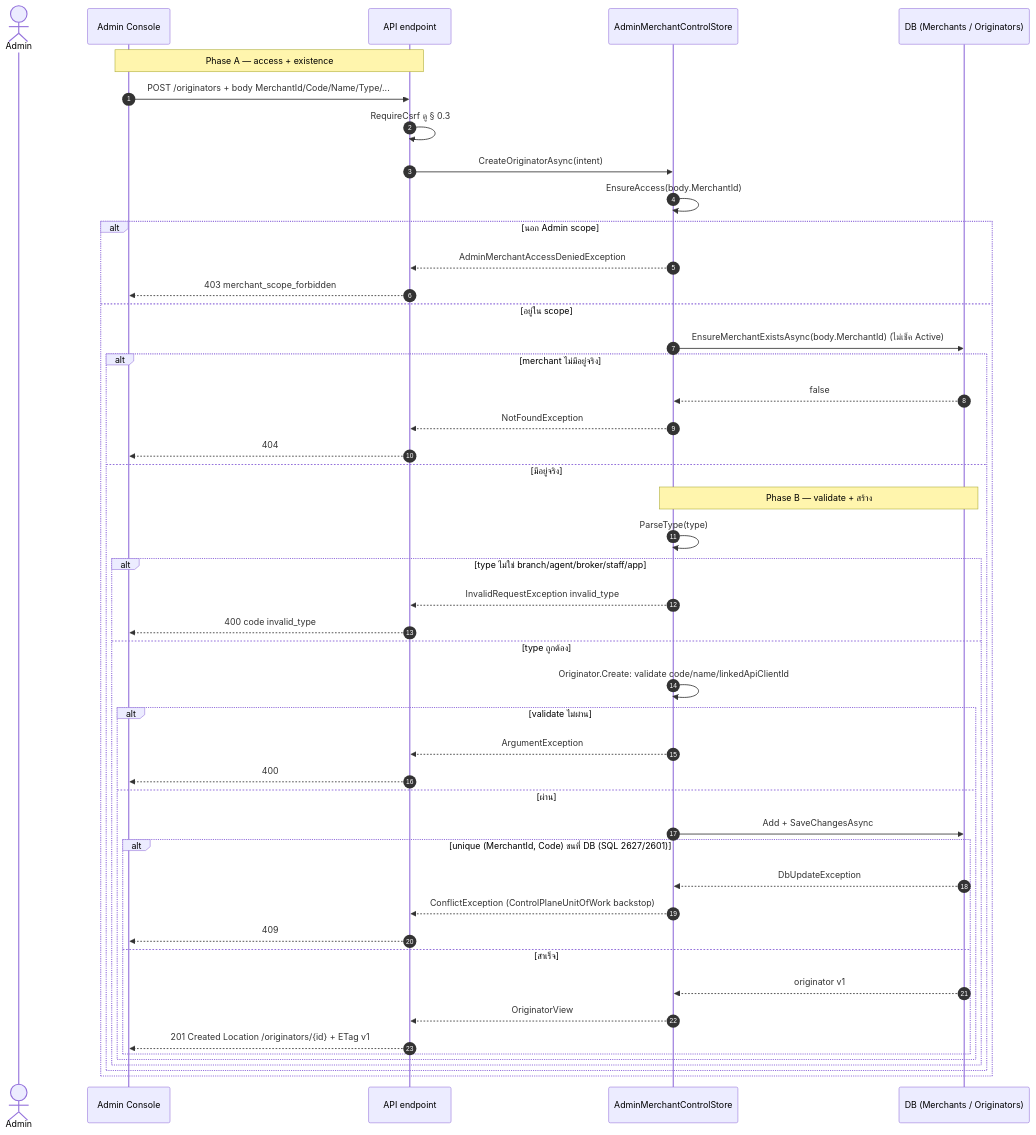
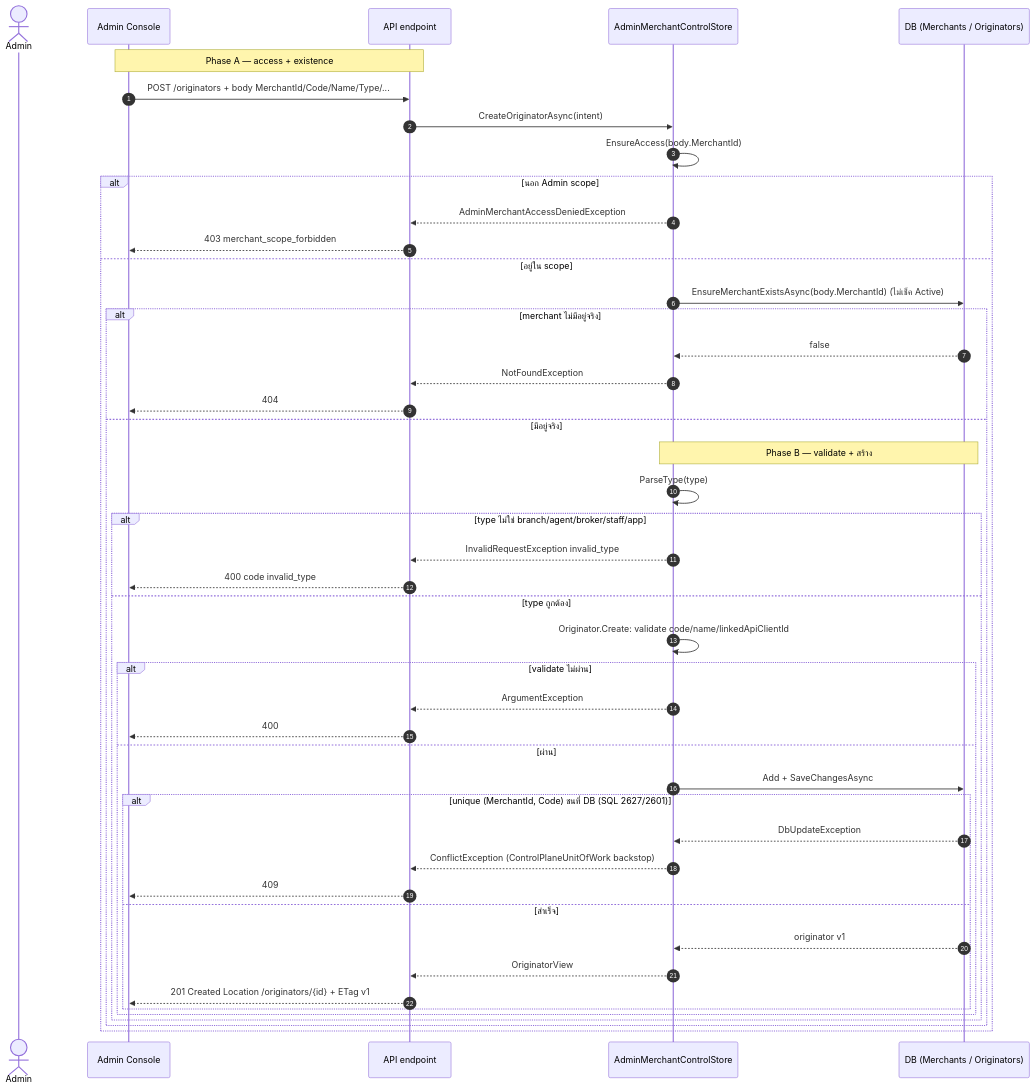
The eighth of 10 diagrams in outputs/diagrams/2026-09-14_api-endpoints_v1/10-admin-merchant-console-originators.sequences.md (metrodiesign/pol-core), drawn with Mermaid before and after one commit. The commit also changed 42 other files, not shown here.

First line of the commit message:
docs: align reference docs and the API diagram set with the Bearer-only admin plane

````diff
--- a/outputs/diagrams/2026-09-14_api-endpoints_v1/10-admin-merchant-console-originators.sequences.md
+++ b/outputs/diagrams/2026-09-14_api-endpoints_v1/10-admin-merchant-console-originators.sequences.md
@@ -517,50 +517,49 @@
 ```mermaid
 sequenceDiagram
     autonumber
     actor A as Admin
     participant SPA as Admin Console
     participant API as API endpoint
     participant STORE as AdminMerchantControlStore
     participant DB as DB (Merchants / Originators)
 
     Note over SPA,API: Phase A — access + existence
     SPA->>API: POST /originators + body MerchantId/Code/Name/Type/...
-    API->>API: RequireCsrf ดู § 0.3
     API->>STORE: CreateOriginatorAsync(intent)
     STORE->>STORE: EnsureAccess(body.MerchantId)
     alt นอก Admin scope
         STORE-->>API: AdminMerchantAccessDeniedException
         API-->>SPA: 403 merchant_scope_forbidden
     else อยู่ใน scope
         STORE->>DB: EnsureMerchantExistsAsync(body.MerchantId) (ไม่เช็ค Active)
         alt merchant ไม่มีอยู่จริง
             DB-->>STORE: false
             STORE-->>API: NotFoundException
             API-->>SPA: 404
         else มีอยู่จริง
             Note over STORE,DB: Phase B — validate + สร้าง
             STORE->>STORE: ParseType(type)
             alt type ไม่ใช่ branch/agent/broker/staff/app
                 STORE-->>API: InvalidRequestException invalid_type
                 API-->>SPA: 400 code invalid_type
             else type ถูกต้อง
                 STORE->>STORE: Originator.Create: validate code/name/linkedApiClientId
                 alt validate ไม่ผ่าน
                     STORE-->>API: ArgumentException
                     API-->>SPA: 400
                 else ผ่าน
                     STORE->>DB: Add + SaveChangesAsync
                     alt unique (MerchantId, Code) ชนที่ DB (SQL 2627/2601)
                         DB-->>STORE: DbUpdateException
                         STORE-->>API: ConflictException (ControlPlaneUnitOfWork backstop)
                         API-->>SPA: 409
                     else สำเร็จ
                         DB-->>STORE: originator v1
                         STORE-->>API: OriginatorView
                         API-->>SPA: 201 Created Location /originators/{id} + ETag v1
                     end
                 end
             end
         end
     end
 ```
````
